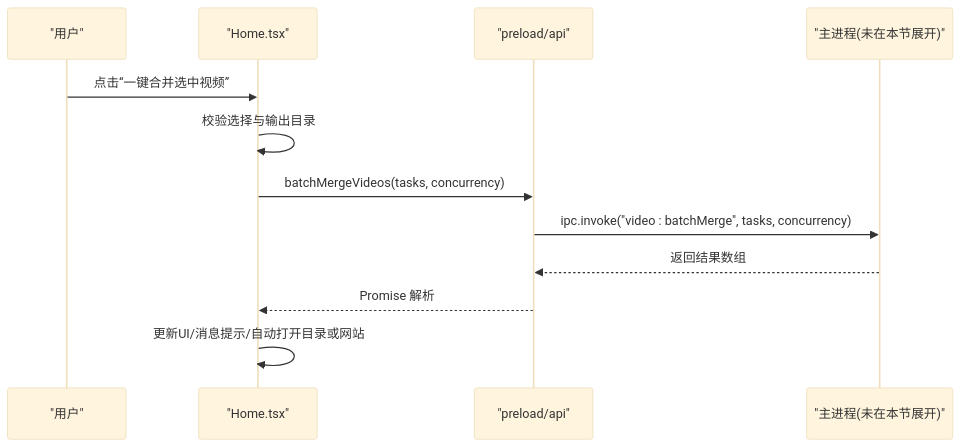
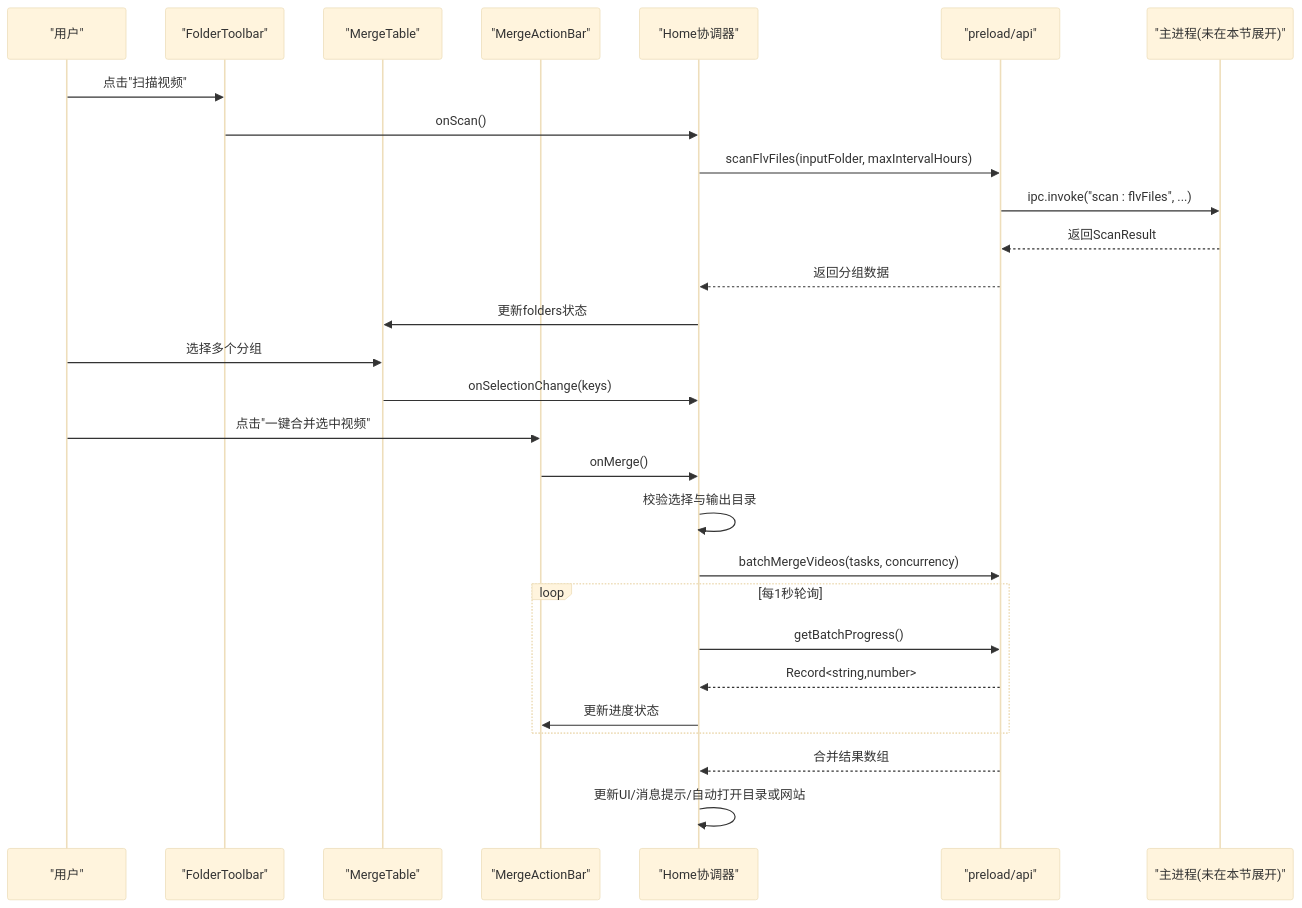
One commit to HoarfrostKimi/Video-Merger changed the second of 5 diagrams in .qoder/repowiki/zh/content/架构设计/渲染进程架构.md. Above: the diagram before and after it, drawn with Mermaid (base theme). The commit also changed other lines of this file and 43 other files, not shown here.

````diff
--- a/.qoder/repowiki/zh/content/架构设计/渲染进程架构.md
+++ b/.qoder/repowiki/zh/content/架构设计/渲染进程架构.md
@@ -82,14 +129,30 @@
 ```mermaid
 sequenceDiagram
 participant U as "用户"
-participant R as "Home.tsx"
+participant FT as "FolderToolbar"
+participant MT as "MergeTable"
+participant MA as "MergeActionBar"
+participant HM as "Home协调器"
 participant P as "preload/api"
 participant M as "主进程(未在本节展开)"
-U->>R : 点击“一键合并选中视频”
-R->>R : 校验选择与输出目录
-R->>P : batchMergeVideos(tasks, concurrency)
-P->>M : ipc.invoke("video : batchMerge", tasks, concurrency)
-M-->>P : 返回结果数组
-P-->>R : Promise 解析
-R->>R : 更新UI/消息提示/自动打开目录或网站
+U->>FT : 点击"扫描视频"
+FT->>HM : onScan()
+HM->>P : scanFlvFiles(inputFolder, maxIntervalHours)
+P->>M : ipc.invoke("scan : flvFiles", ...)
+M-->>P : 返回ScanResult
+P-->>HM : 返回分组数据
+HM->>MT : 更新folders状态
+U->>MT : 选择多个分组
+MT->>HM : onSelectionChange(keys)
+U->>MA : 点击"一键合并选中视频"
+MA->>HM : onMerge()
+HM->>HM : 校验选择与输出目录
+HM->>P : batchMergeVideos(tasks, concurrency)
+loop 每1秒轮询
+HM->>P : getBatchProgress()
+P-->>HM : Record<string,number>
+HM->>MA : 更新进度状态
+end
+P-->>HM : 合并结果数组
+HM->>HM : 更新UI/消息提示/自动打开目录或网站
 ```
````
